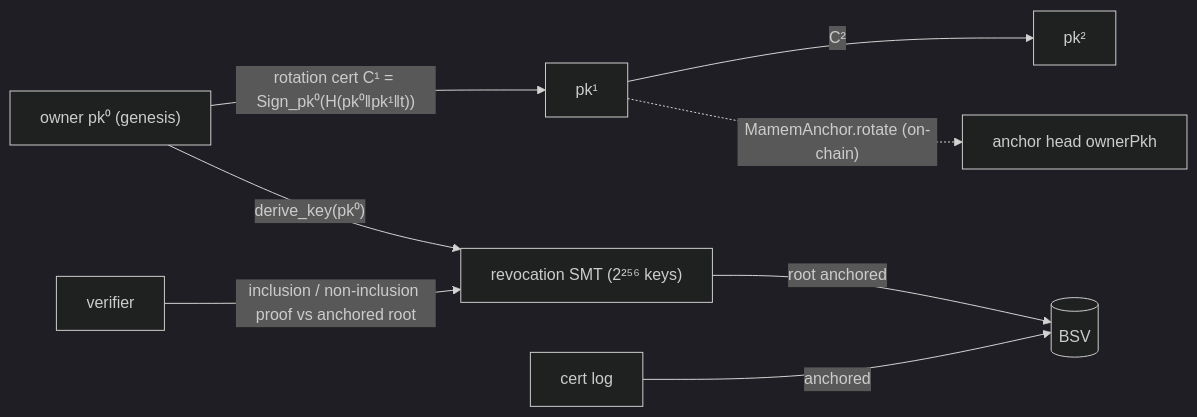
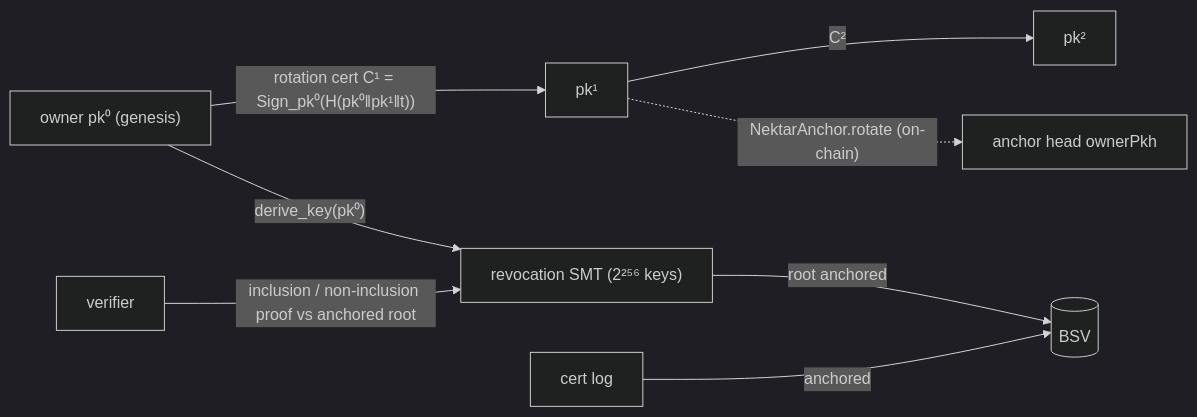
The seventh of 14 diagrams in docs/ARCHITECTURE.md (kryptokrates/nektar), drawn with Mermaid (dark theme) before and after one commit. The commit also changed other lines of this file and 297 other files, not shown here.

First line of the commit message:
Rename project mamem → nektar

````diff
--- a/docs/ARCHITECTURE.md
+++ b/docs/ARCHITECTURE.md
@@ -159,10 +159,10 @@
 ```mermaid
 flowchart LR
   pk0["owner pk⁰ (genesis)"] -- "rotation cert C¹ = Sign_pk⁰(H(pk⁰‖pk¹‖t))" --> pk1["pk¹"]
   pk1 -- "C²" --> pk2["pk²"]
-  pk1 -. "MamemAnchor.rotate (on-chain)" .-> head["anchor head ownerPkh"]
+  pk1 -. "NektarAnchor.rotate (on-chain)" .-> head["anchor head ownerPkh"]
   pk0 -- "derive_key(pk⁰)" --> smt["revocation SMT (2²⁵⁶ keys)"]
   smt -- "root anchored" --> chain[("BSV")]
   cert["cert log"] -- "anchored" --> chain
   verifier["verifier"] -- "inclusion / non-inclusion proof vs anchored root" --> smt
 ```
````
